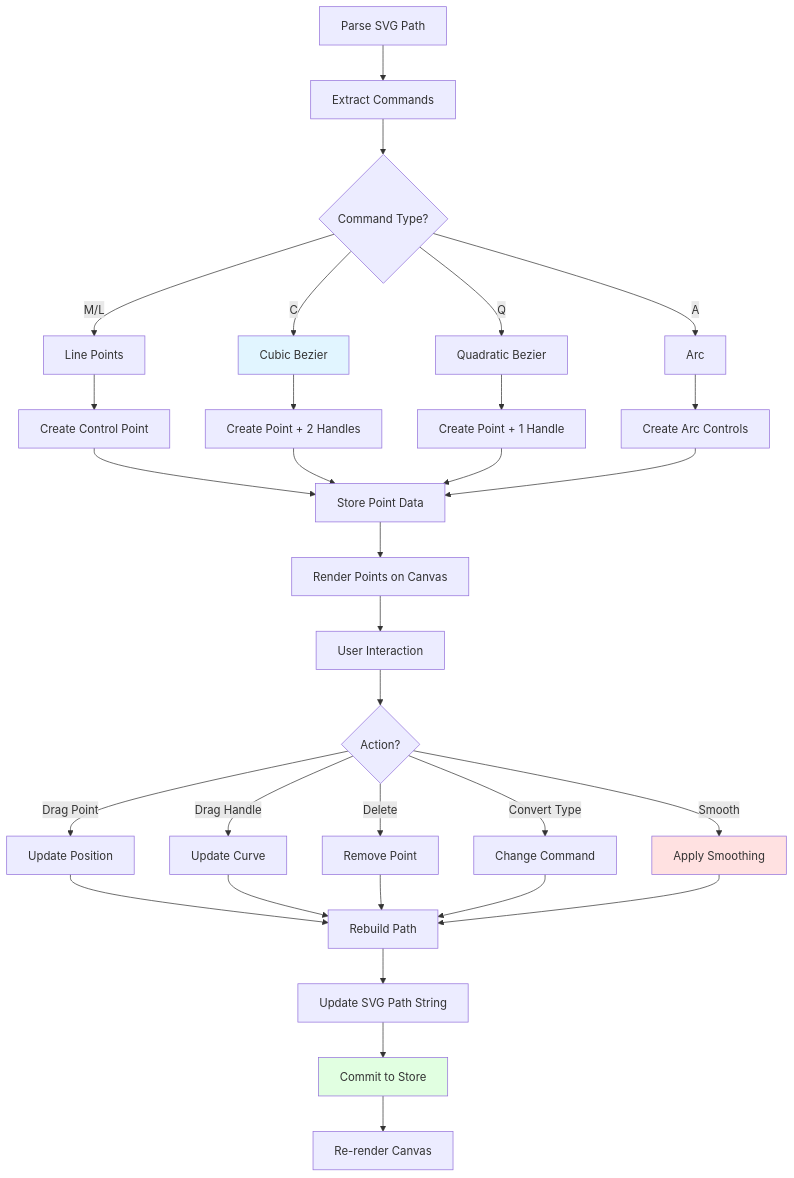
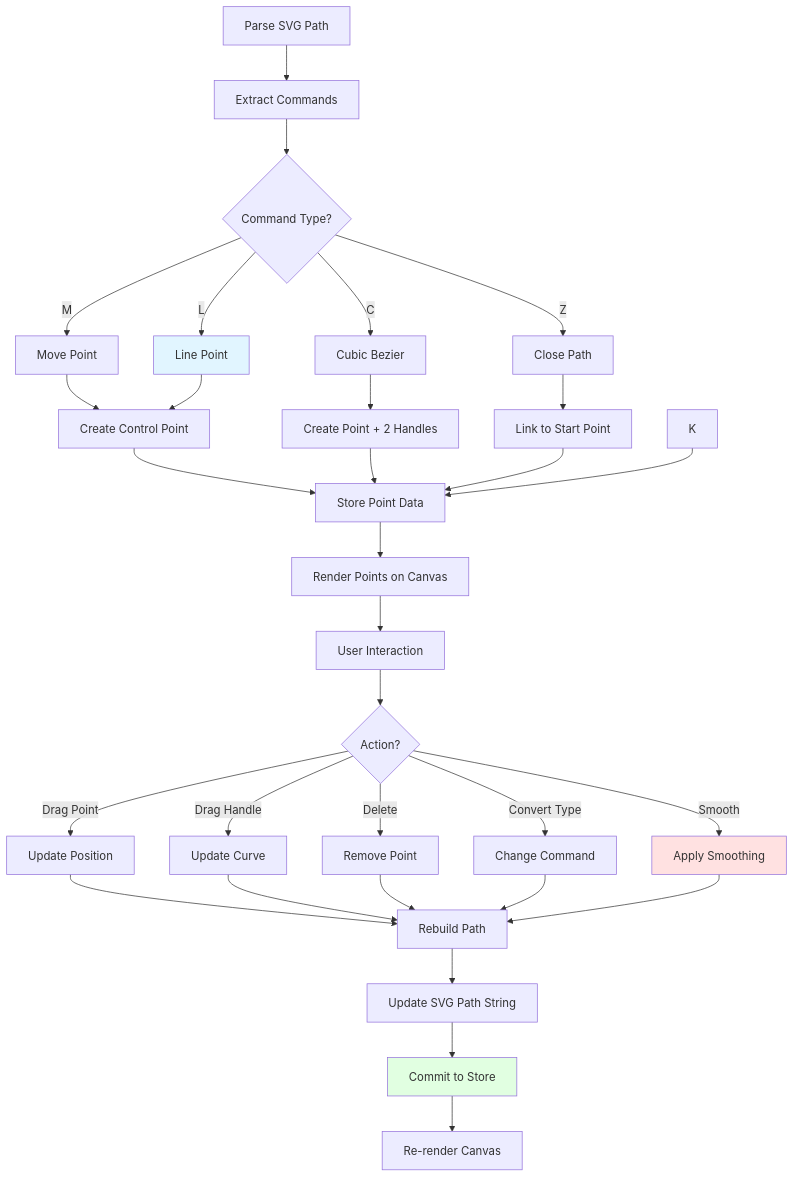
The second of 3 diagrams in doc/docs/plugins/catalog/edit.md (ekrsulov/ttpe), drawn with Mermaid before and after one commit. The commit also changed other lines of this file, not shown here.

Commit message:
docs: fix Edit plugin to only list supported command types (M, L, C, Z)

````diff
--- a/doc/docs/plugins/catalog/edit.md
+++ b/doc/docs/plugins/catalog/edit.md
@@ -162,44 +162,44 @@
 ```mermaid
 flowchart TD
     A[Parse SVG Path] --> B[Extract Commands]
     B --> C{Command Type?}
     
-    C -->|M/L| D[Line Points]
-    C -->|C| E[Cubic Bezier]
-    C -->|Q| F[Quadratic Bezier]
-    C -->|A| G[Arc]
+    C -->|M| D[Move Point]
+    C -->|L| E[Line Point]
+    C -->|C| F[Cubic Bezier]
+    C -->|Z| G[Close Path]
     
     D --> H[Create Control Point]
-    E --> I[Create Point + 2 Handles]
-    F --> J[Create Point + 1 Handle]
-    G --> K[Create Arc Controls]
+    E --> H
+    F --> I[Create Point + 2 Handles]
+    G --> J[Link to Start Point]
     
     H --> L[Store Point Data]
     I --> L
     J --> L
     K --> L
     
     L --> M[Render Points on Canvas]
     M --> N[User Interaction]
     
     N --> O{Action?}
     O -->|Drag Point| P[Update Position]
     O -->|Drag Handle| Q[Update Curve]
     O -->|Delete| R[Remove Point]
     O -->|Convert Type| S[Change Command]
     O -->|Smooth| T[Apply Smoothing]
     
     P --> U[Rebuild Path]
     Q --> U
     R --> U
     S --> U
     T --> U
     
     U --> V[Update SVG Path String]
     V --> W[Commit to Store]
     W --> X[Re-render Canvas]
     
     style E fill:#e1f5ff
     style T fill:#ffe1e1
     style W fill:#e1ffe1
 ```
````
